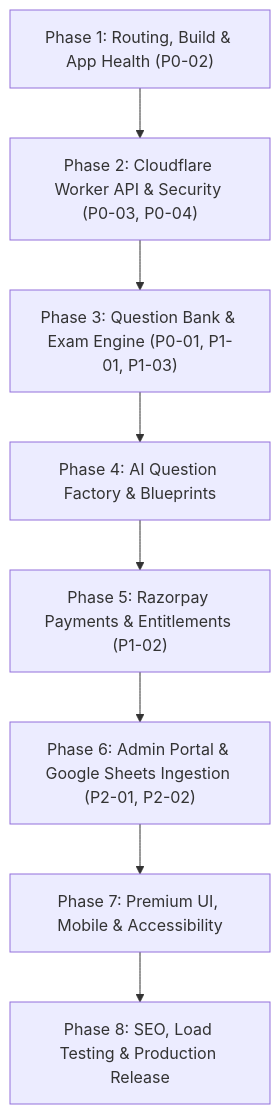
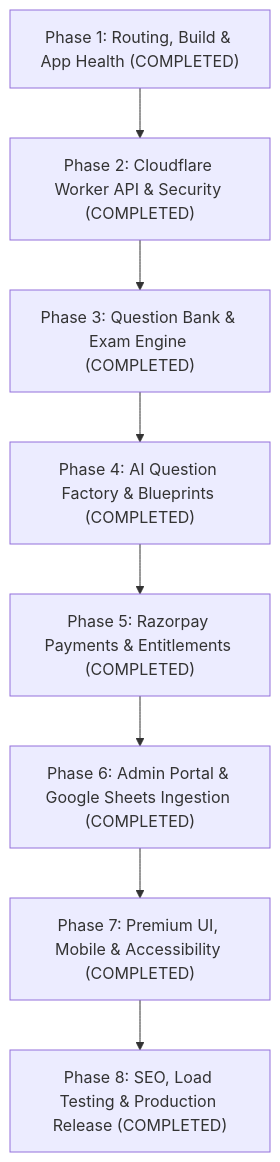
One commit to agribysatyamsir/agri-learning-point changed the diagram in docs/IMPLEMENTATION_ROADMAP.md. Above: the diagram before and after it, drawn with Mermaid. The commit also changed other lines of this file and 7 other files, not shown here.

Commit message:
feat(release): Phase 7 & 8 production hardening, SEO structured data, full test suite passing (70/70), and final documentation

````diff
--- a/docs/IMPLEMENTATION_ROADMAP.md
+++ b/docs/IMPLEMENTATION_ROADMAP.md
@@ -11,10 +11,10 @@
 ```mermaid
 flowchart TD
-  Phase1["Phase 1: Routing, Build & App Health (P0-02)"] --> Phase2["Phase 2: Cloudflare Worker API & Security (P0-03, P0-04)"]
-  Phase2 --> Phase3["Phase 3: Question Bank & Exam Engine (P0-01, P1-01, P1-03)"]
-  Phase3 --> Phase4["Phase 4: AI Question Factory & Blueprints"]
-  Phase4 --> Phase5["Phase 5: Razorpay Payments & Entitlements (P1-02)"]
-  Phase5 --> Phase6["Phase 6: Admin Portal & Google Sheets Ingestion (P2-01, P2-02)"]
-  Phase6 --> Phase7["Phase 7: Premium UI, Mobile & Accessibility"]
-  Phase7 --> Phase8["Phase 8: SEO, Load Testing & Production Release"]
+  Phase1["Phase 1: Routing, Build & App Health (COMPLETED)"] --> Phase2["Phase 2: Cloudflare Worker API & Security (COMPLETED)"]
+  Phase2 --> Phase3["Phase 3: Question Bank & Exam Engine (COMPLETED)"]
+  Phase3 --> Phase4["Phase 4: AI Question Factory & Blueprints (COMPLETED)"]
+  Phase4 --> Phase5["Phase 5: Razorpay Payments & Entitlements (COMPLETED)"]
+  Phase5 --> Phase6["Phase 6: Admin Portal & Google Sheets Ingestion (COMPLETED)"]
+  Phase6 --> Phase7["Phase 7: Premium UI, Mobile & Accessibility (COMPLETED)"]
+  Phase7 --> Phase8["Phase 8: SEO, Load Testing & Production Release (COMPLETED)"]
 ```
````
